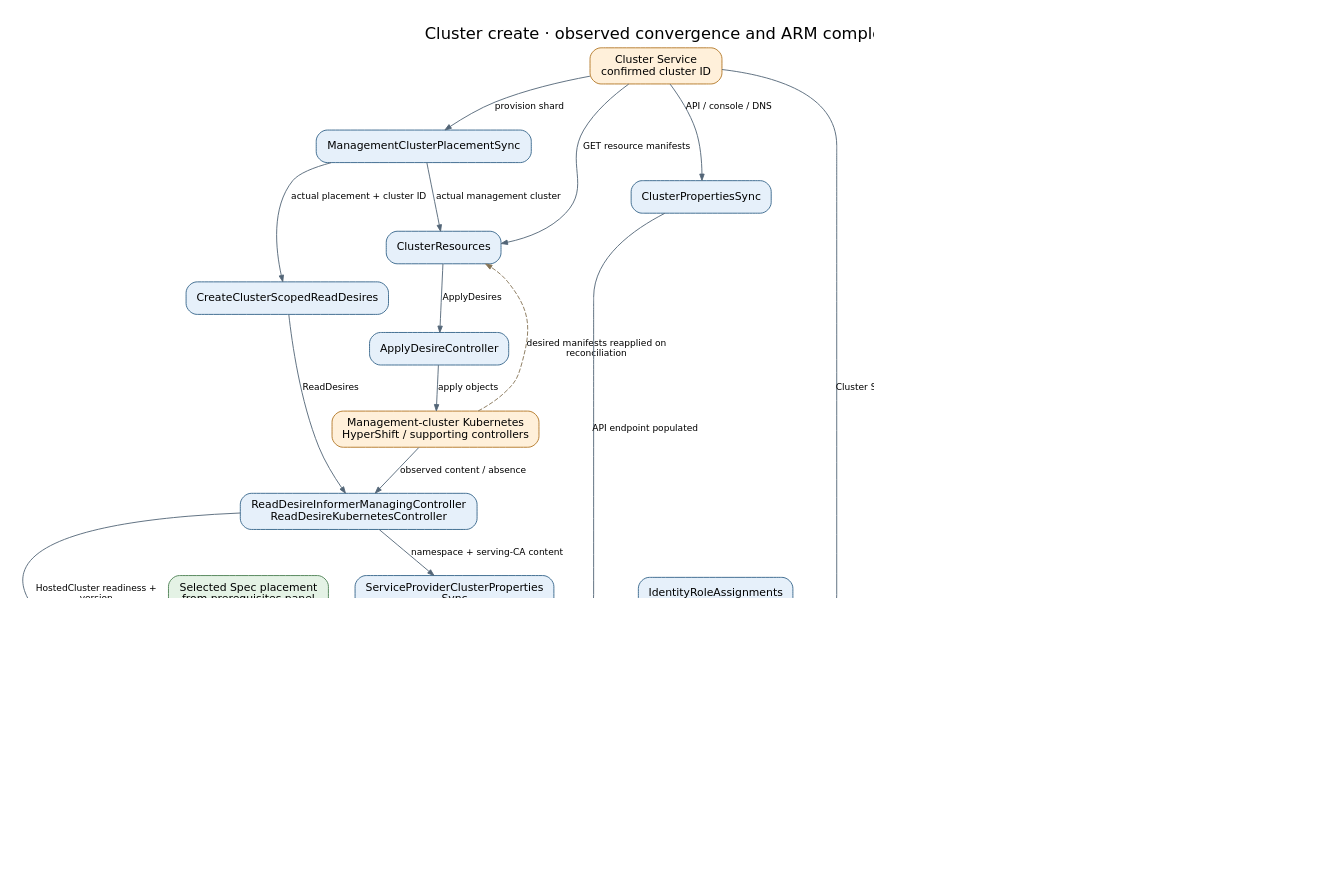
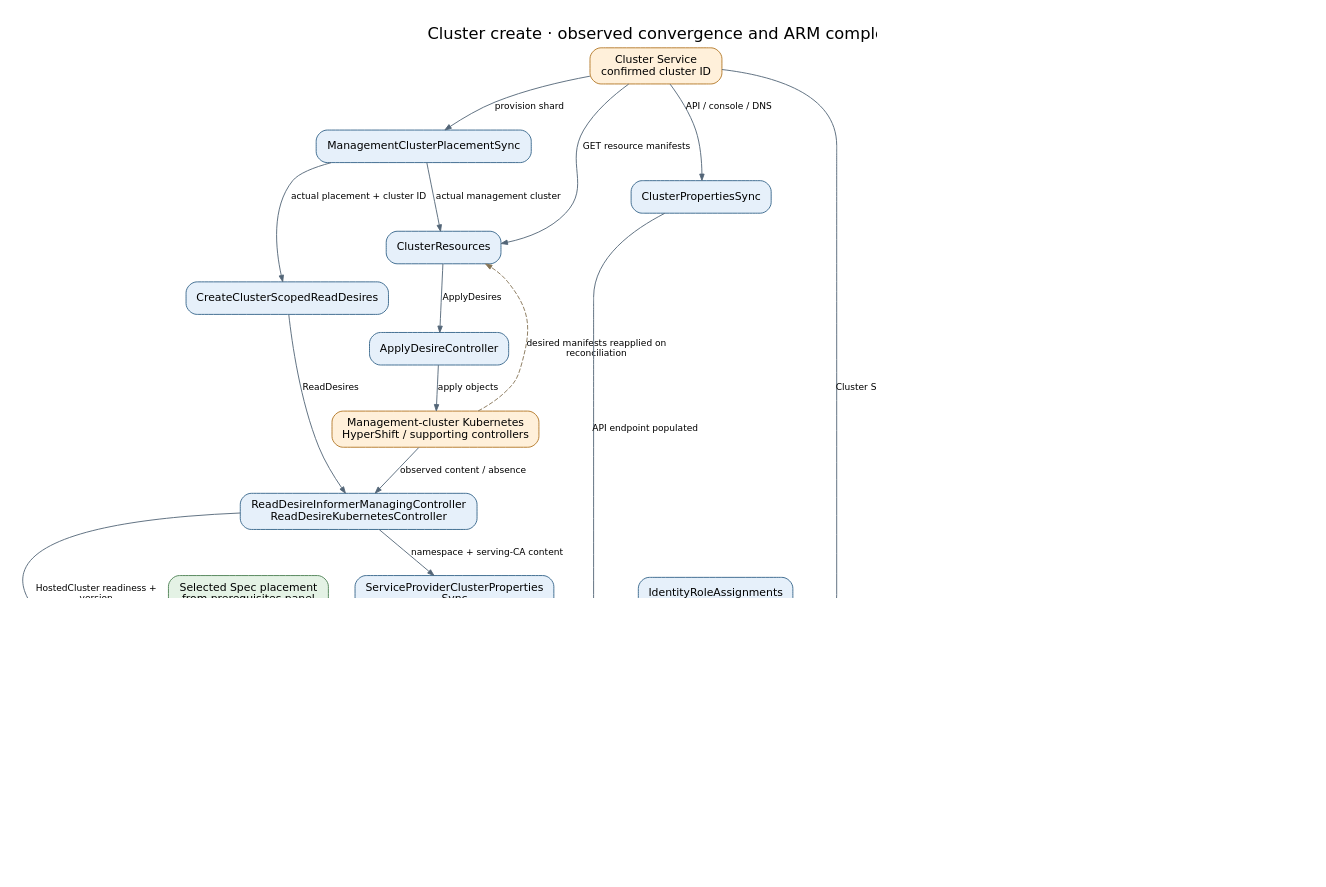
The diagram in docs/diagrams/controller-flows/cluster-convergence.dot (Azure/ARO-HCP), drawn with Graphviz before and after one commit. The commit also changed 30 other files, not shown here.

Commit message:
refactor: share operation status calculator handling

```diff
--- a/docs/diagrams/controller-flows/cluster-convergence.dot
+++ b/docs/diagrams/controller-flows/cluster-convergence.dot
@@ -1,49 +1,49 @@
 digraph cluster_convergence {
   graph [rankdir=TB, bgcolor="white", pad="0.3", nodesep="0.4", ranksep="0.55", fontname="DejaVu Sans", fontsize=18, labelloc=t, label="Cluster create · observed convergence and ARM completion", dpi=110];
   node [shape=box, style="rounded,filled", fillcolor="#e6f0fa", color="#35648a", fontname="DejaVu Sans", fontsize=12, margin="0.16,0.10"];
   edge [color="#536577", fontname="DejaVu Sans", fontsize=10, arrowsize=0.7];
   cs [label="Cluster Service\nconfirmed cluster ID", fillcolor="#fff0da", color="#b27624"];
   place [label="ManagementClusterPlacementSync", fillcolor="#e6f0fa", color="#35648a"];
   resources [label="ClusterResources", fillcolor="#e6f0fa", color="#35648a"];
   read [label="CreateClusterScopedReadDesires", fillcolor="#e6f0fa", color="#35648a"];
   apply [label="ApplyDesireController", fillcolor="#e6f0fa", color="#35648a"];
   kube [label="Management-cluster Kubernetes\nHyperShift / supporting controllers", fillcolor="#fff0da", color="#b27624"];
   mirror [label="ReadDesireInformerManagingController\nReadDesireKubernetesController", fillcolor="#e6f0fa", color="#35648a"];
   props [label="ServiceProviderClusterProperties\nSync", fillcolor="#e6f0fa", color="#35648a"];
   armprops [label="ClusterPropertiesSync", fillcolor="#e6f0fa", color="#35648a"];
   role [label="IdentityRoleAssignments", fillcolor="#e6f0fa", color="#35648a"];
   azure [label="Azure role assignments\nconfirmed group + resolved identities", fillcolor="#fff0da", color="#b27624"];
   validation [label="Cluster validation controllers\nServiceProviderCluster.Status.Validations", fillcolor="#e6f0fa", color="#35648a"];
-  op [label="OperationClusterCreate", fillcolor="#e6f0fa", color="#35648a"];
+  op [label="OperationClusterCreate\nnamed status calculators + shared union", fillcolor="#e6f0fa", color="#35648a"];
   done [label="ARM operation Succeeded\nActiveOperationID cleared", fillcolor="#e4f2e5", color="#4c8053"];
   uid [label="BackfillClusterUID", fillcolor="#e6f0fa", color="#35648a"];
   billing [label="CreateBillingDoc", fillcolor="#e6f0fa", color="#35648a"];
   cs -> place [label="provision shard"];
   place -> resources [label="actual management cluster"];
   cs -> resources [label="GET resource manifests"];
   place -> read [label="actual placement + cluster ID"];
   resources -> apply [label="ApplyDesires"];
   apply -> kube [label="apply objects"];
   read -> mirror [label="ReadDesires"];
   kube -> mirror [label="observed content / absence"];
   mirror -> props [label="namespace + serving-CA content"];
   cs -> armprops [label="API / console / DNS"];
   selected [label="Selected Spec placement\nfrom prerequisites panel", fillcolor="#e4f2e5", color="#4c8053"];
   selected -> op [label="placement completion"];
   cs -> op [label="Cluster Service state"];
   mirror -> op [label="HostedCluster readiness +\nversion"];
   props -> op [label="serving CA populated"];
   armprops -> op [label="API endpoint populated"];
   role -> azure [label="GET / create missing"];
   role -> op [label="confirmed nonempty; none\npending"];
-  validation -> op [label="False: Provisioning + InvalidResource;\nfailure and operation each >= 5m: Failed;\nall True: ready"];
+  validation -> op [label="False: Provisioning + InvalidResource;\nfailure and operation each >= 10m: Failed;\nall True: ready"];
   op -> done [label="all completion checks\nsatisfied"];
   failed [label="ARM operation Failed\nselected error code", fillcolor="#fbe8e5", color="#a64f43"];
-  op -> failed [label="any validation False >= 5m\nand operation age >= 5m: InvalidResource"];
+  op -> failed [label="any validation False >= 10m\nand operation age >= 10m: InvalidResource"];
   op -> failed [label="pending past deadline: selected code + reasons;\nonly InternalServerError becomes DeadlineExceeded"];
   done -> billing [label="Succeeded; billing reference\nmissing"];
   uid -> billing [label="ClusterUID available"];
   azure -> role [label="created stays pending until\nGET confirms", style=dashed, color="#857456", constraint=false];
   op -> op [label="pending: observe again", style=dashed, color="#857456", constraint=false];
   kube -> resources [label="desired manifests reapplied on\nreconciliation", style=dashed, color="#857456", constraint=false];
 }
```
